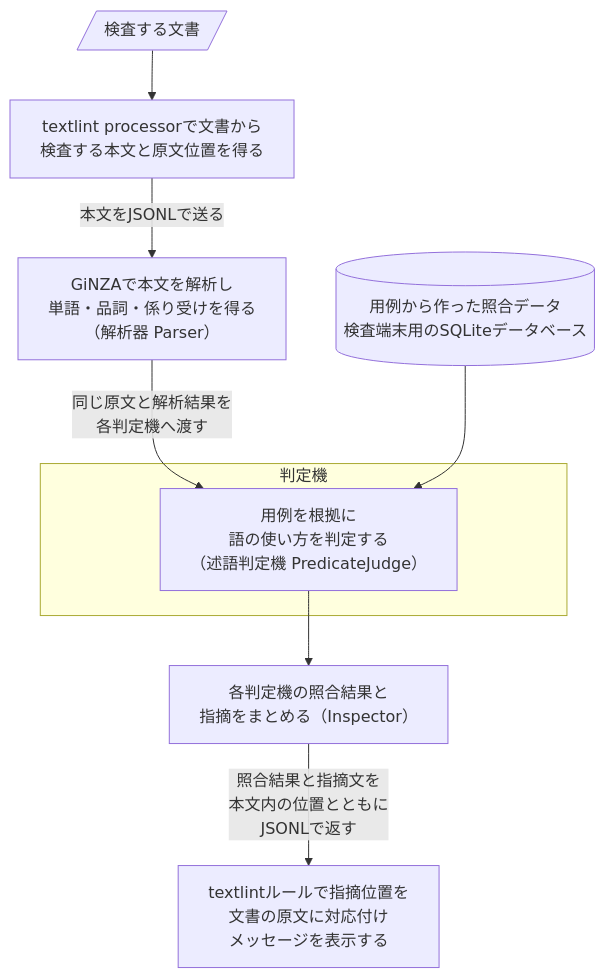
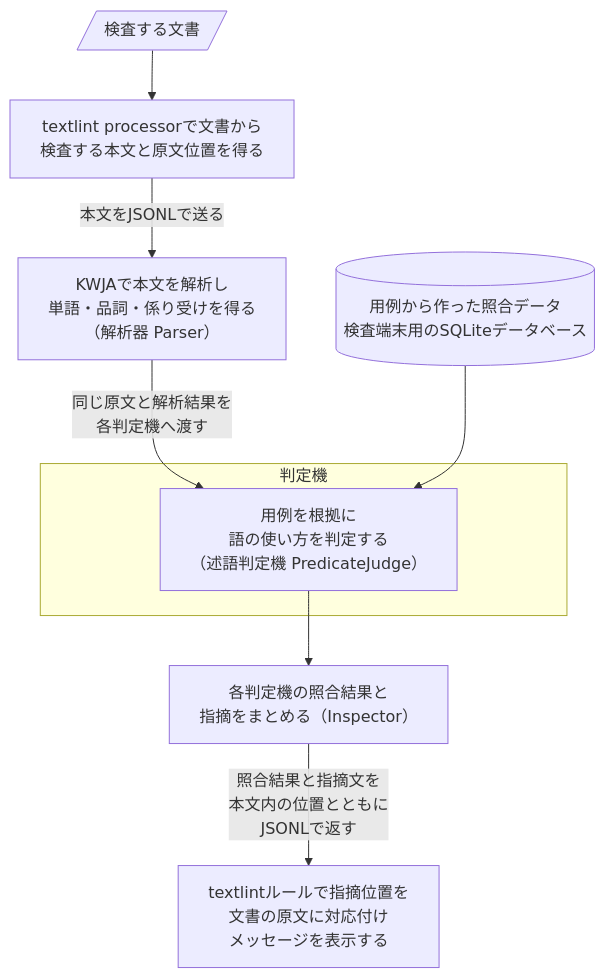
The first of 2 diagrams in docs/design/architecture.md (karin0624/use-native-japanese), drawn with Mermaid before and after one commit. The commit also changed other lines of this file and 28 other files, not shown here.

````diff
--- a/docs/design/architecture.md
+++ b/docs/design/architecture.md
@@ -25,17 +24,17 @@
 ```mermaid
 ---
 config:
     flowchart:
         wrappingWidth: 320
 ---
 flowchart TB
     document[/検査する文書/] --> extract["textlint processorで文書から<br/>検査する本文と原文位置を得る"]
-    extract -->|本文をJSONLで送る| parser["GiNZAで本文を解析し<br/>単語・品詞・係り受けを得る<br/>（解析器 Parser）"]
+    extract -->|本文をJSONLで送る| parser["KWJAで本文を解析し<br/>単語・品詞・係り受けを得る<br/>（解析器 Parser）"]
     subgraph judges_group["判定機"]
         judges["用例を根拠に<br/>語の使い方を判定する<br/>（述語判定機 PredicateJudge）"]
     end
     parser -->|同じ原文と解析結果を<br/>各判定機へ渡す| judges
     reference[("用例から作った照合データ<br/>検査端末用のSQLiteデータベース")] --> judges
     judges --> aggregate["各判定機の照合結果と<br/>指摘をまとめる（Inspector）"]
     aggregate -->|照合結果と指摘文を<br/>本文内の位置とともに<br/>JSONLで返す| report["textlintルールで指摘位置を<br/>文書の原文に対応付け<br/>メッセージを表示する"]
 ```
````
